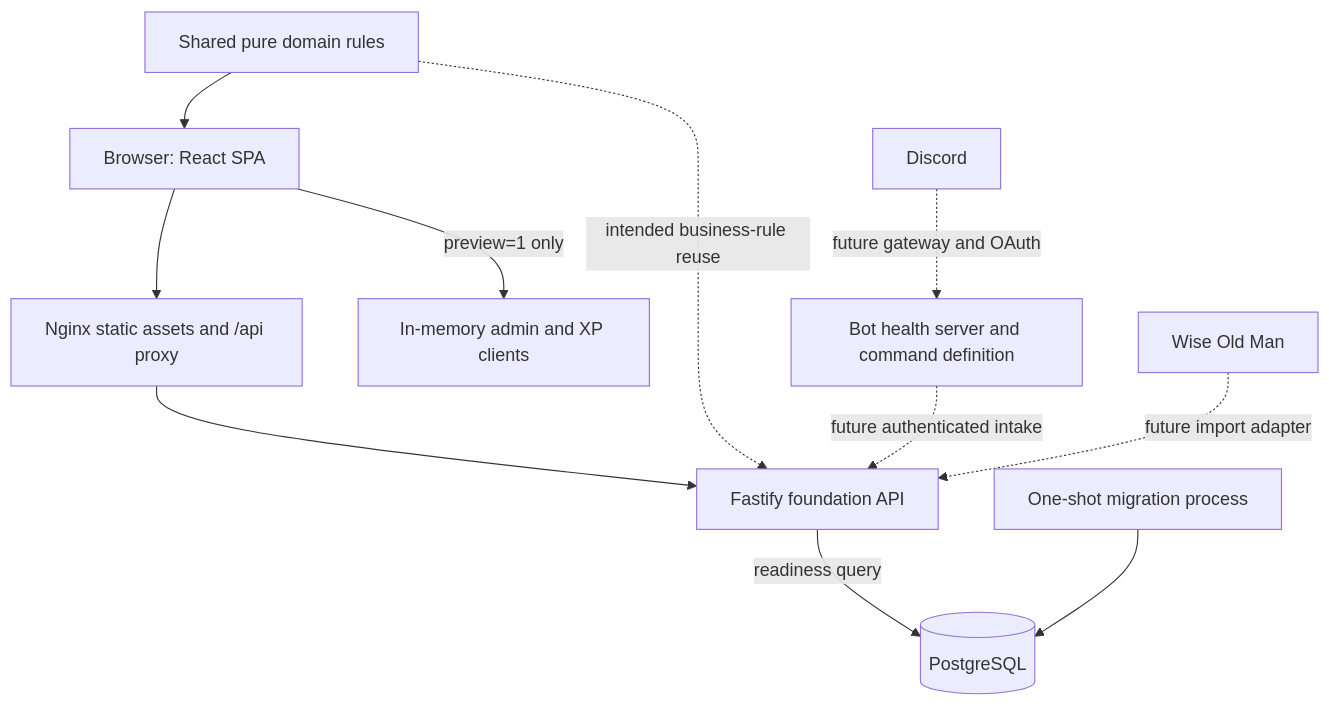
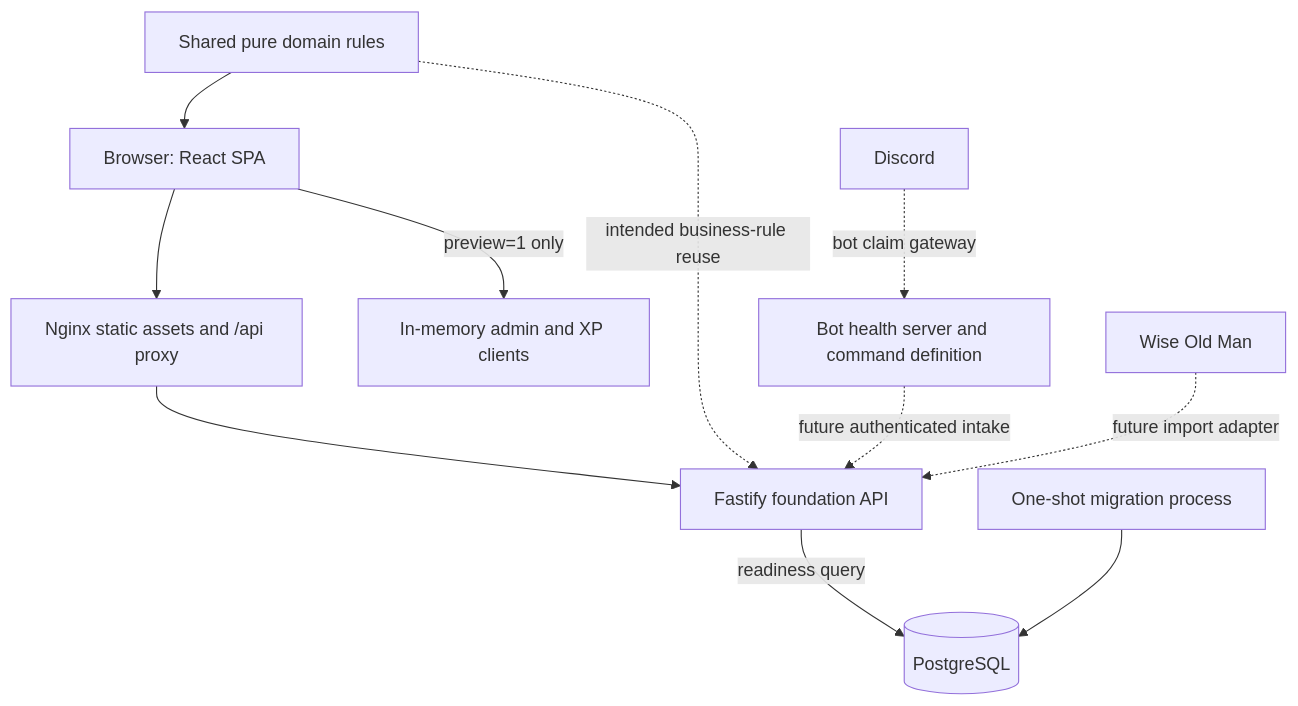
One commit to KihiraLove/Vardorvis-clan-clog changed the first of 3 diagrams in docs/project-guide.md. Above: the diagram before and after it, drawn with Mermaid. The commit also changed other lines of this file and 4 other files, not shown here.

Commit message:
docs: replace obsolete Discord admin instructions with password and manual claim flow

````diff
--- a/docs/project-guide.md
+++ b/docs/project-guide.md
@@ -27,14 +27,14 @@
 ```mermaid
 flowchart TD
   Browser[Browser: React SPA] --> Web[Nginx static assets and /api proxy]
   Web --> API[Fastify foundation API]
   API -->|readiness query| DB[(PostgreSQL)]
   Migration[One-shot migration process] --> DB
   Browser -->|preview=1 only| Preview[In-memory admin and XP clients]
   Domain[Shared pure domain rules] --> Browser
   Domain -. intended business-rule reuse .-> API
   Bot[Bot health server and command definition]
   Bot -. future authenticated intake .-> API
-  Discord[Discord] -. future gateway and OAuth .-> Bot
+  Discord[Discord] -. bot claim gateway .-> Bot
   WOM[Wise Old Man] -. future import adapter .-> API
 ```
````
